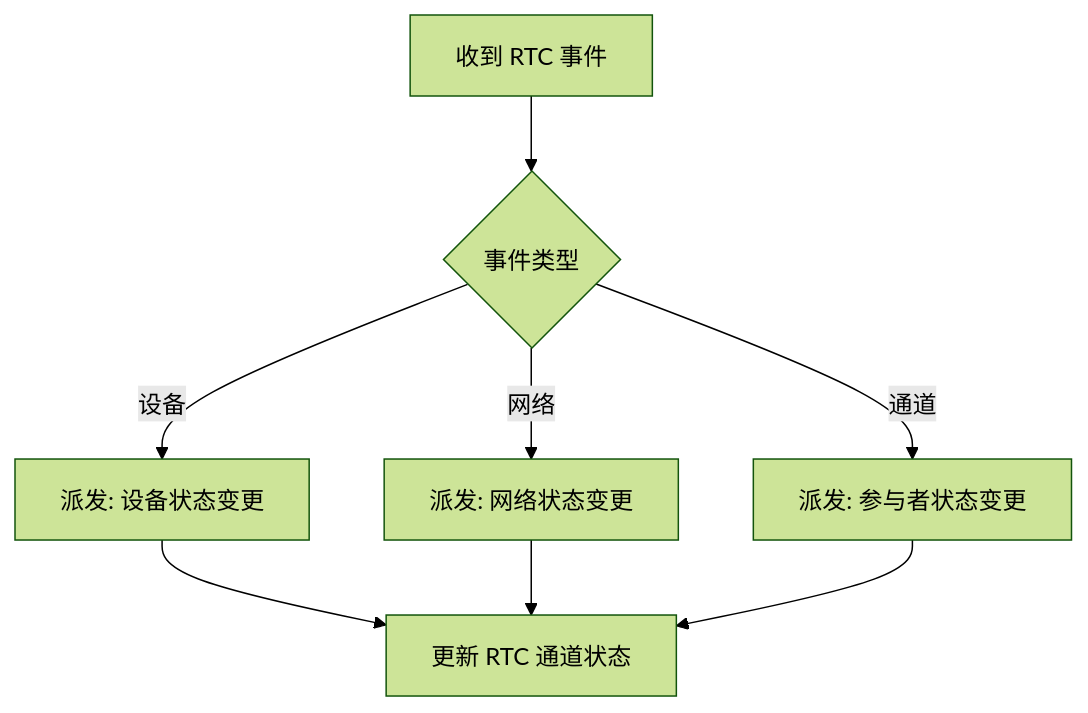
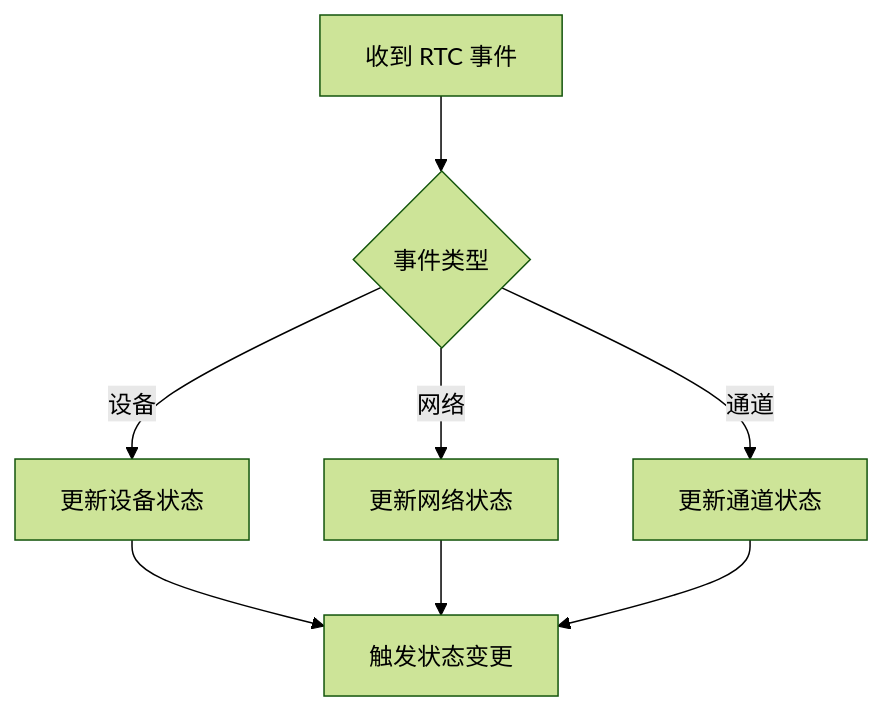
One commit to Easemob-Community/easemob-uikit-callkit-vue3 changed the sixth of 8 diagrams in .qoder/repowiki/zh/content/高级功能/事件监听管理.md. Above: the diagram before and after it, drawn with Mermaid (forest theme). The commit also changed other lines of this file and 40 other files, not shown here.

````diff
--- a/.qoder/repowiki/zh/content/高级功能/事件监听管理.md
+++ b/.qoder/repowiki/zh/content/高级功能/事件监听管理.md
@@ -199,10 +290,10 @@
 ```mermaid
 flowchart TD
 A["收到 RTC 事件"] --> B{"事件类型"}
-B --> |设备| D["派发: 设备状态变更"]
-B --> |网络| E["派发: 网络状态变更"]
-B --> |通道| F["派发: 参与者状态变更"]
-D --> G["更新 RTC 通道状态"]
+B --> |设备| D["更新设备状态"]
+B --> |网络| E["更新网络状态"]
+B --> |通道| F["更新通道状态"]
+D --> G["触发状态变更"]
 E --> G
 F --> G
 ```
````
